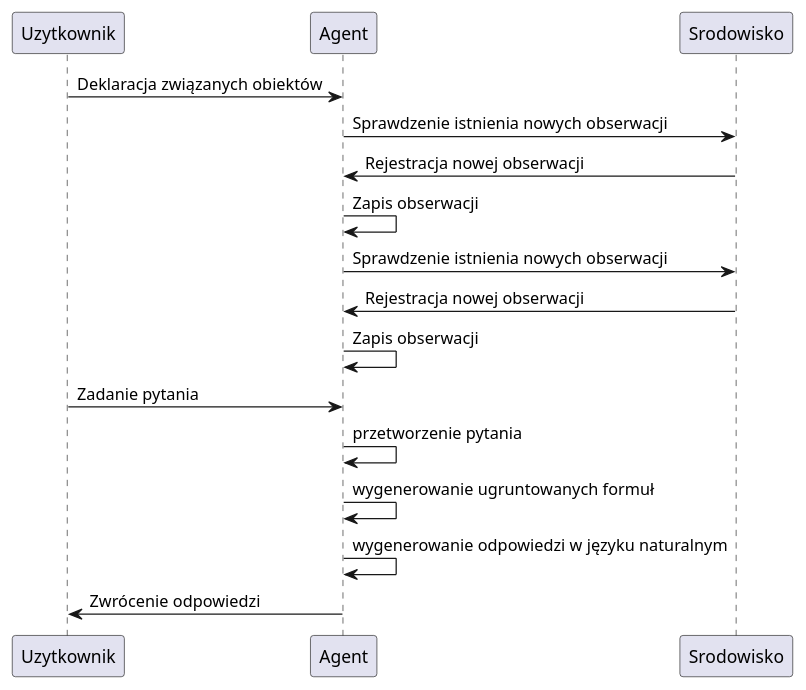
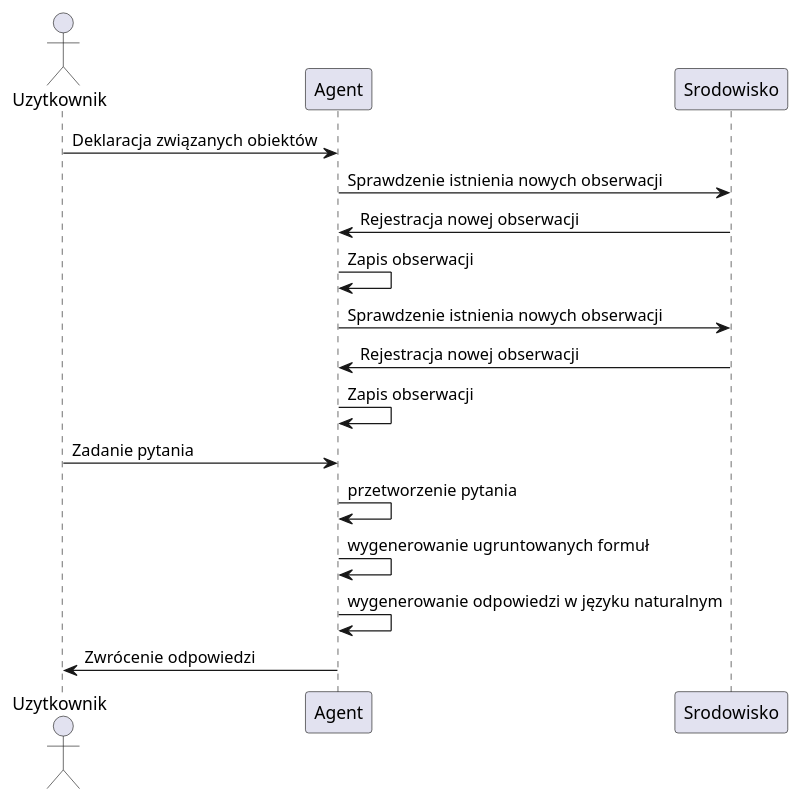
Before and after one commit to gkostkowski/ModalCommLangGrunding: the diagram in diagrams/scenario.puml, drawn with PlantUML. The commit also changed 2 other files, not shown here.

Commit message:
#127 diagramy plantUML

```diff
--- a/diagrams/scenario.puml
+++ b/diagrams/scenario.puml
@@ -1,14 +1,15 @@
 @startuml
+actor Uzytkownik
 Uzytkownik -> Agent: Deklaracja związanych obiektów
 Agent -> Srodowisko:Sprawdzenie istnienia nowych obserwacji
 Agent <- Srodowisko: Rejestracja nowej obserwacji
 Agent -> Agent: Zapis obserwacji
 Agent -> Srodowisko:Sprawdzenie istnienia nowych obserwacji
 Agent <- Srodowisko: Rejestracja nowej obserwacji
 Agent -> Agent: Zapis obserwacji
 Uzytkownik -> Agent: Zadanie pytania
 Agent -> Agent: przetworzenie pytania
 Agent -> Agent: wygenerowanie ugruntowanych formuł
 Agent -> Agent: wygenerowanie odpowiedzi w języku naturalnym
 Agent -> Uzytkownik: Zwrócenie odpowiedzi
 @enduml
```
